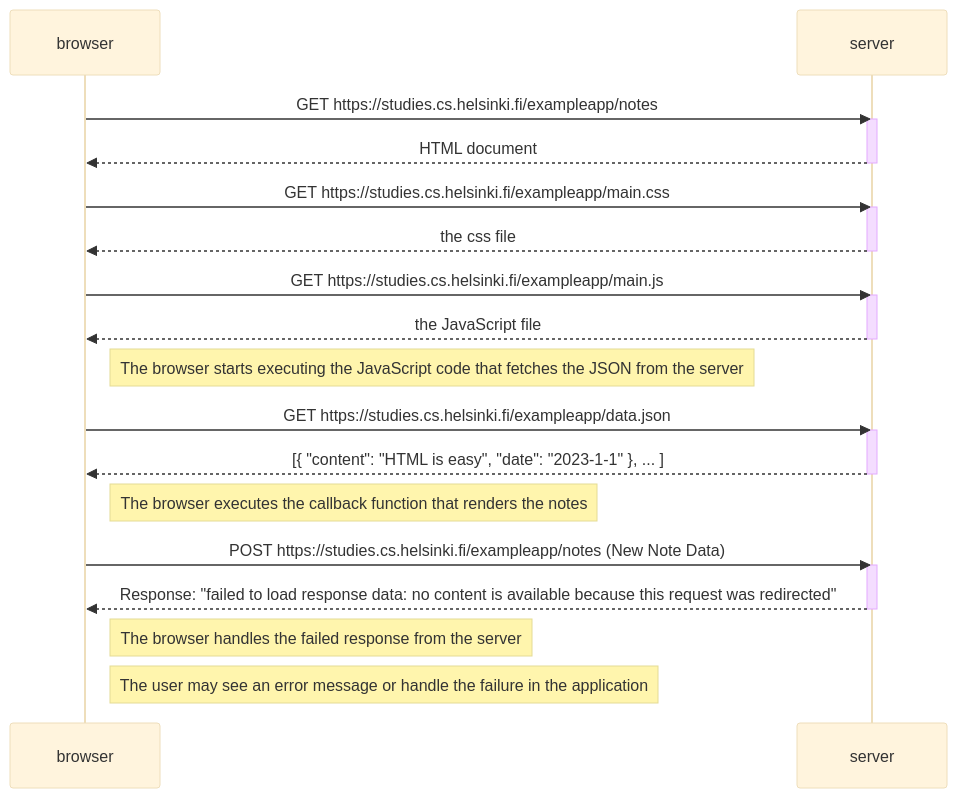
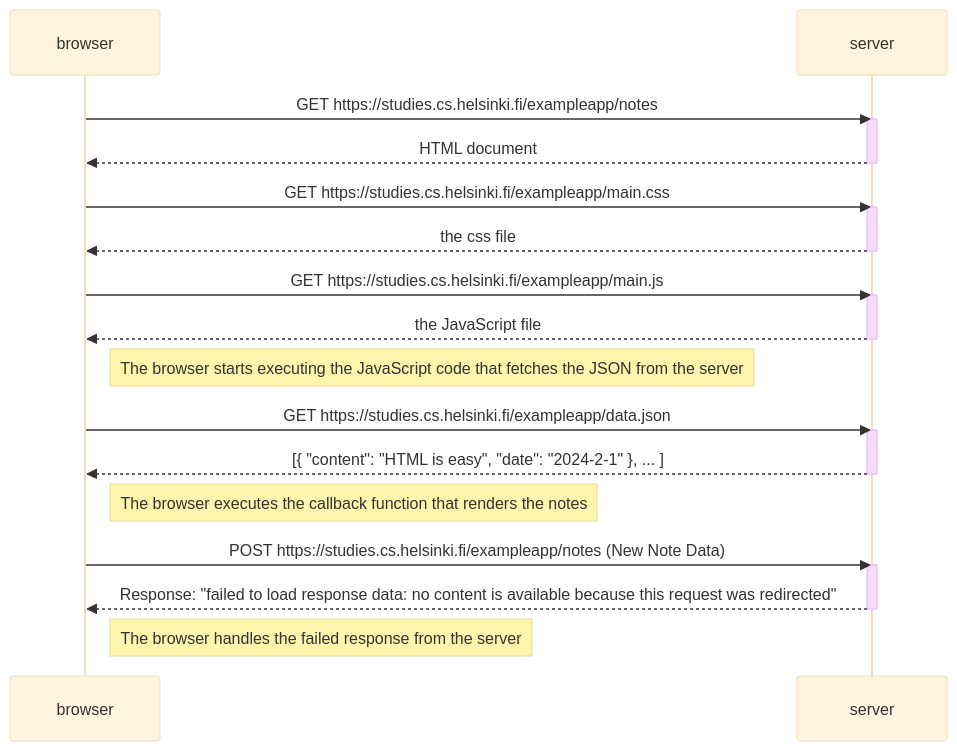
Before and after one commit to Raiden126/openUniversityHelsinki: the diagram in part0/0.4.md, drawn with Mermaid (base theme).

````diff
--- a/part0/0.4.md
+++ b/part0/0.4.md
@@ -1,39 +1,37 @@
 ```mermaid
 sequenceDiagram
     participant browser
     participant server
 
     browser->>server: GET https://studies.cs.helsinki.fi/exampleapp/notes
     activate server
     server-->>browser: HTML document
     deactivate server
 
     browser->>server: GET https://studies.cs.helsinki.fi/exampleapp/main.css
     activate server
     server-->>browser: the css file
     deactivate server
 
     browser->>server: GET https://studies.cs.helsinki.fi/exampleapp/main.js
     activate server
     server-->>browser: the JavaScript file
     deactivate server
 
     Note right of browser: The browser starts executing the JavaScript code that fetches the JSON from the server
 
     browser->>server: GET https://studies.cs.helsinki.fi/exampleapp/data.json
     activate server
-    server-->>browser: [{ "content": "HTML is easy", "date": "2023-1-1" }, ... ]
+    server-->>browser: [{ "content": "HTML is easy", "date": "2024-2-1" }, ... ]
     deactivate server
 
     Note right of browser: The browser executes the callback function that renders the notes
 
     browser->>server: POST https://studies.cs.helsinki.fi/exampleapp/notes (New Note Data)
     activate server
     server-->>browser: Response: "failed to load response data: no content is available because this request was redirected"
     deactivate server
 
     Note right of browser: The browser handles the failed response from the server
 
-    Note right of browser: The user may see an error message or handle the failure in the application
-
 ```
````
